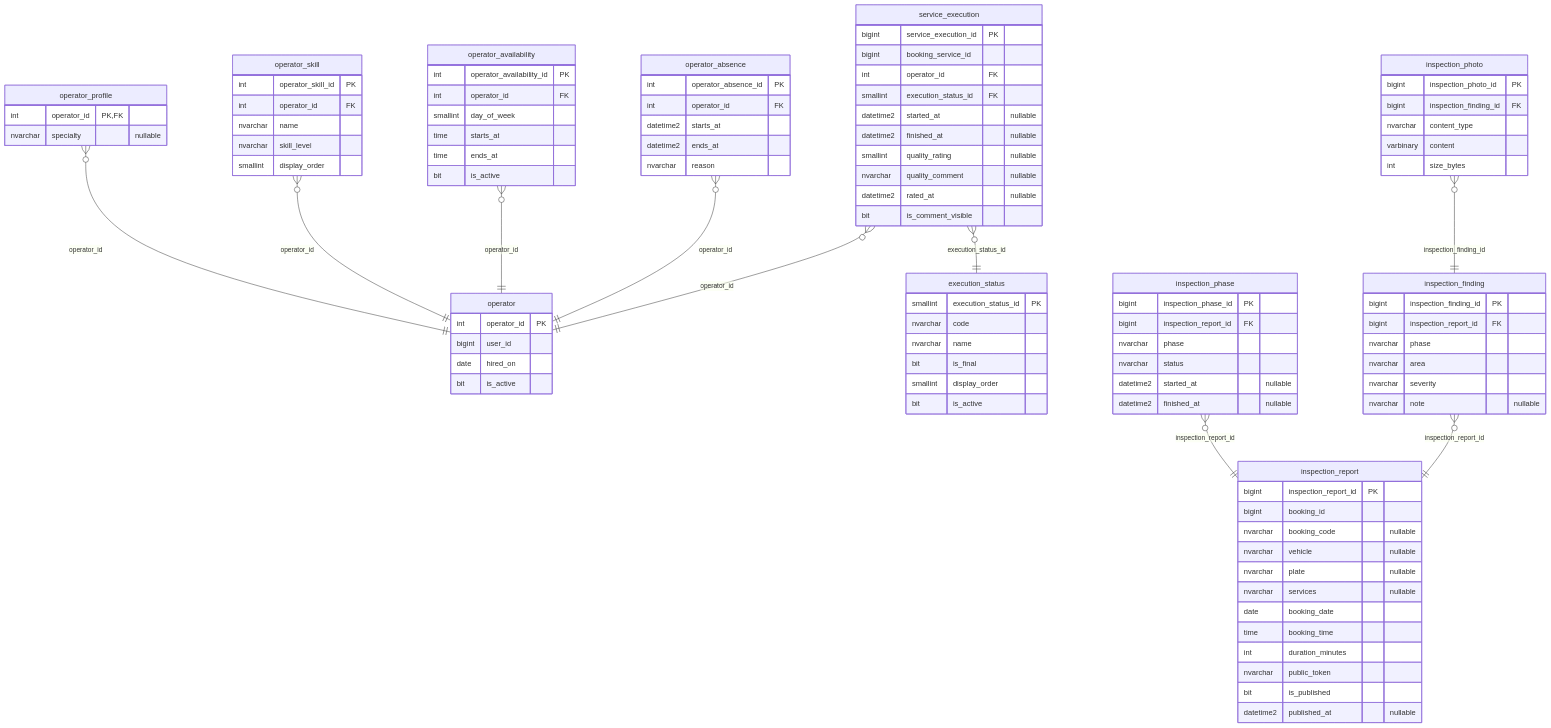
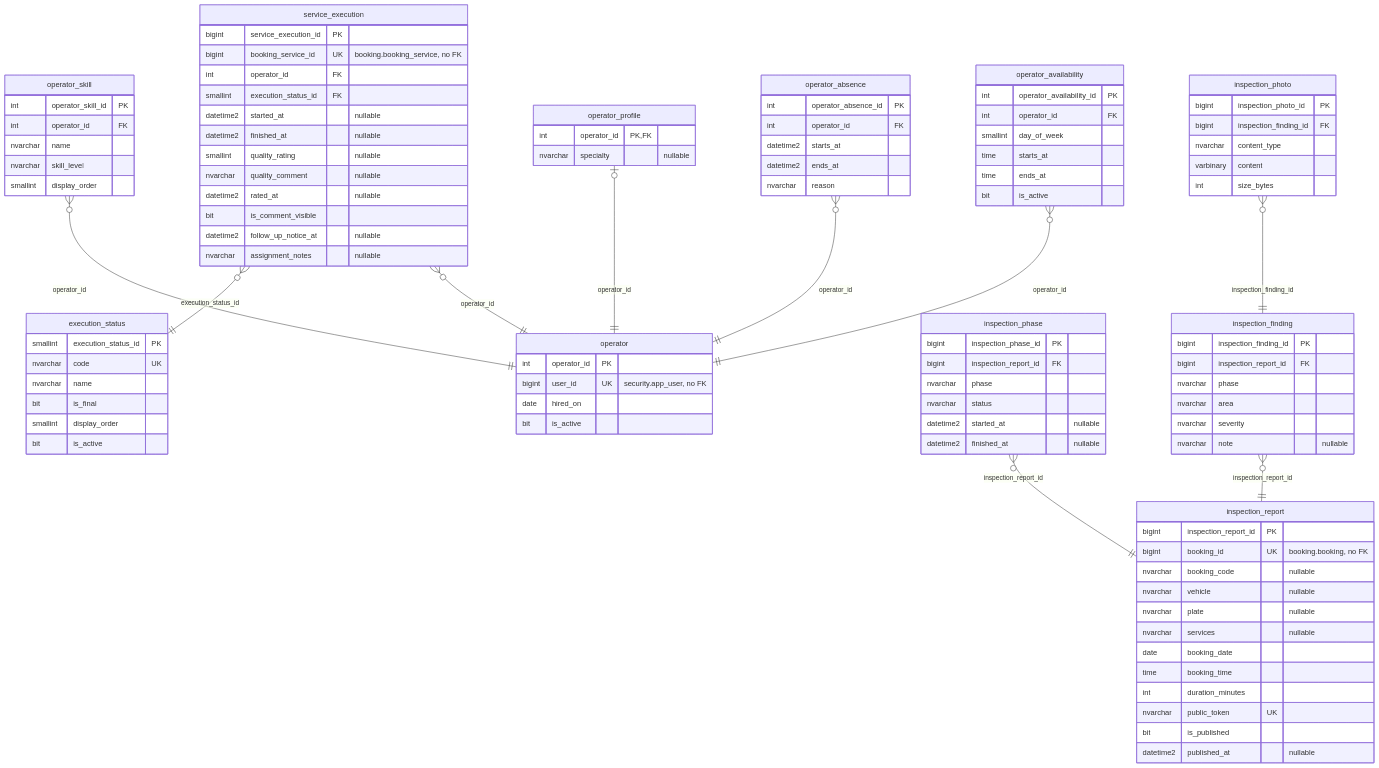
Before and after one commit to code-sena/vehicle-w-docs: the diagram in 08-uml/diagrams/source/erd-operations.md, drawn with Mermaid. The commit also changed other lines of this file and 1 other file, not shown here.

First line of the commit message:
docs(data): rebuild the operations data model and ER diagram, with the follow-up notice and the assignment notes

````diff
--- a/08-uml/diagrams/source/erd-operations.md
+++ b/08-uml/diagrams/source/erd-operations.md
@@ -7,21 +5,18 @@
 ```mermaid
 erDiagram
+    execution_status {
+        smallint execution_status_id PK
+        nvarchar code UK
+        nvarchar name
+        bit is_final
+        smallint display_order
+        bit is_active
+    }
     operator {
         int operator_id PK
-        bigint user_id
+        bigint user_id UK "security.app_user, no FK"
         date hired_on
         bit is_active
-    }
-    operator_profile {
-        int operator_id PK,FK
-        nvarchar specialty "nullable"
-    }
-    operator_skill {
-        int operator_skill_id PK
-        int operator_id FK
-        nvarchar name
-        nvarchar skill_level
-        smallint display_order
     }
     operator_availability {
         int operator_availability_id PK
@@ -40,7 +35,7 @@
     }
     service_execution {
         bigint service_execution_id PK
-        bigint booking_service_id
+        bigint booking_service_id UK "booking.booking_service, no FK"
         int operator_id FK
         smallint execution_status_id FK
         datetime2 started_at "nullable"
@@ -49,18 +44,12 @@
         nvarchar quality_comment "nullable"
         datetime2 rated_at "nullable"
         bit is_comment_visible
-    }
-    execution_status {
-        smallint execution_status_id PK
-        nvarchar code
-        nvarchar name
-        bit is_final
-        smallint display_order
-        bit is_active
+        datetime2 follow_up_notice_at "nullable"
+        nvarchar assignment_notes "nullable"
     }
     inspection_report {
         bigint inspection_report_id PK
-        bigint booking_id
+        bigint booking_id UK "booking.booking, no FK"
         nvarchar booking_code "nullable"
         nvarchar vehicle "nullable"
         nvarchar plate "nullable"
@@ -68,7 +57,7 @@
         date booking_date
         time booking_time
         int duration_minutes
-        nvarchar public_token
+        nvarchar public_token UK
         bit is_published
         datetime2 published_at "nullable"
     }
@@ -95,8 +84,17 @@
         varbinary content
         int size_bytes
     }
-    operator_profile }o--|| operator : "operator_id"
-    operator_skill }o--|| operator : "operator_id"
+    operator_profile {
+        int operator_id PK, FK
+        nvarchar specialty "nullable"
+    }
+    operator_skill {
+        int operator_skill_id PK
+        int operator_id FK
+        nvarchar name
+        nvarchar skill_level
+        smallint display_order
+    }
     operator_availability }o--|| operator : "operator_id"
     operator_absence }o--|| operator : "operator_id"
     service_execution }o--|| operator : "operator_id"
@@ -104,4 +102,6 @@
     inspection_phase }o--|| inspection_report : "inspection_report_id"
     inspection_finding }o--|| inspection_report : "inspection_report_id"
     inspection_photo }o--|| inspection_finding : "inspection_finding_id"
+    operator_profile |o--|| operator : "operator_id"
+    operator_skill }o--|| operator : "operator_id"
 ```
````
